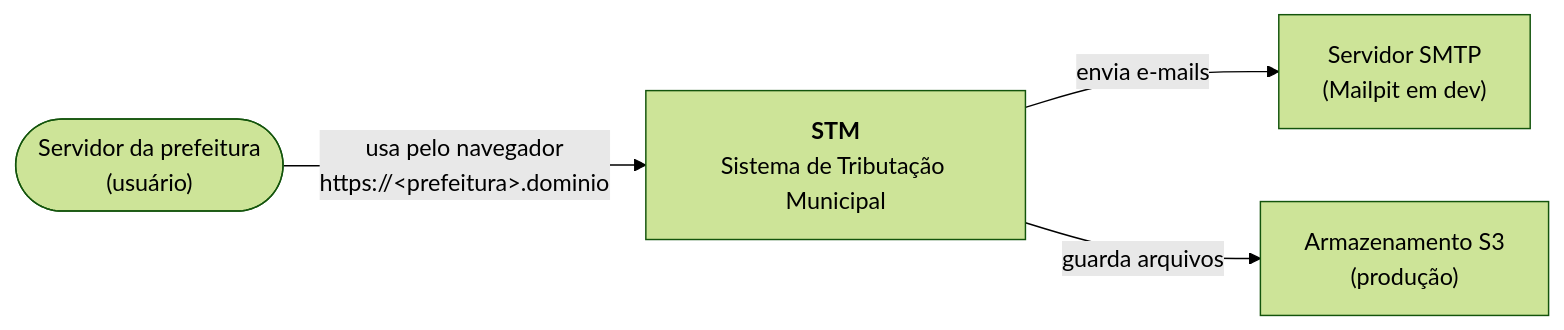
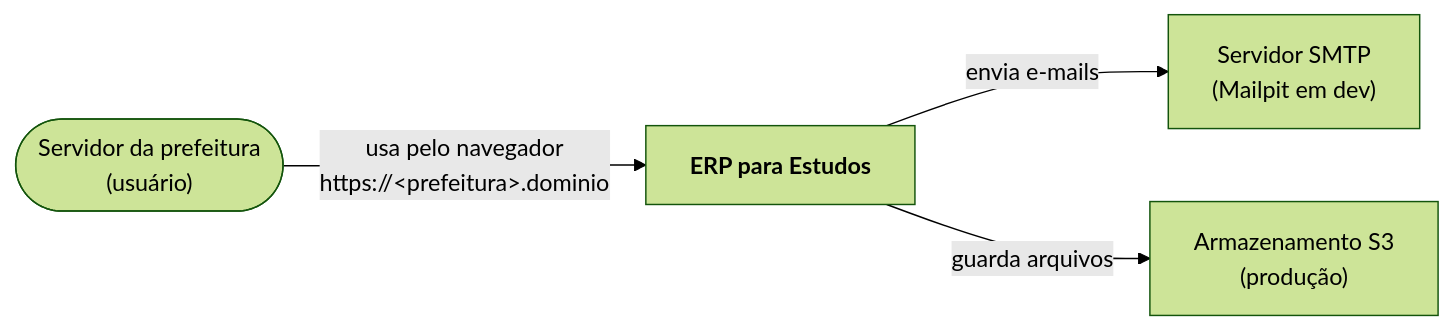
The first of 5 diagrams in docs/arquitetura/arc42.md (CristovaoCarlos/ERP-Estudos), drawn with Mermaid (forest theme) before and after one commit. The commit also changed other lines of this file and 60 other files, not shown here.

First line of the commit message:
refactor: renomeia o sistema para ERP para Estudos (erp_estudos)

````diff
--- a/docs/arquitetura/arc42.md
+++ b/docs/arquitetura/arc42.md
@@ -41,11 +41,11 @@
 ```mermaid
 flowchart LR
     servidor(["Servidor da prefeitura<br/>(usuário)"])
-    stm["<b>STM</b><br/>Sistema de Tributação Municipal"]
+    erp["<b>ERP para Estudos</b>"]
     smtp["Servidor SMTP<br/>(Mailpit em dev)"]
     s3["Armazenamento S3<br/>(produção)"]
 
-    servidor -- "usa pelo navegador<br/>https://&lt;prefeitura&gt;.dominio" --> stm
-    stm -- "envia e-mails" --> smtp
-    stm -- "guarda arquivos" --> s3
+    servidor -- "usa pelo navegador<br/>https://&lt;prefeitura&gt;.dominio" --> erp
+    erp -- "envia e-mails" --> smtp
+    erp -- "guarda arquivos" --> s3
 ```
````
